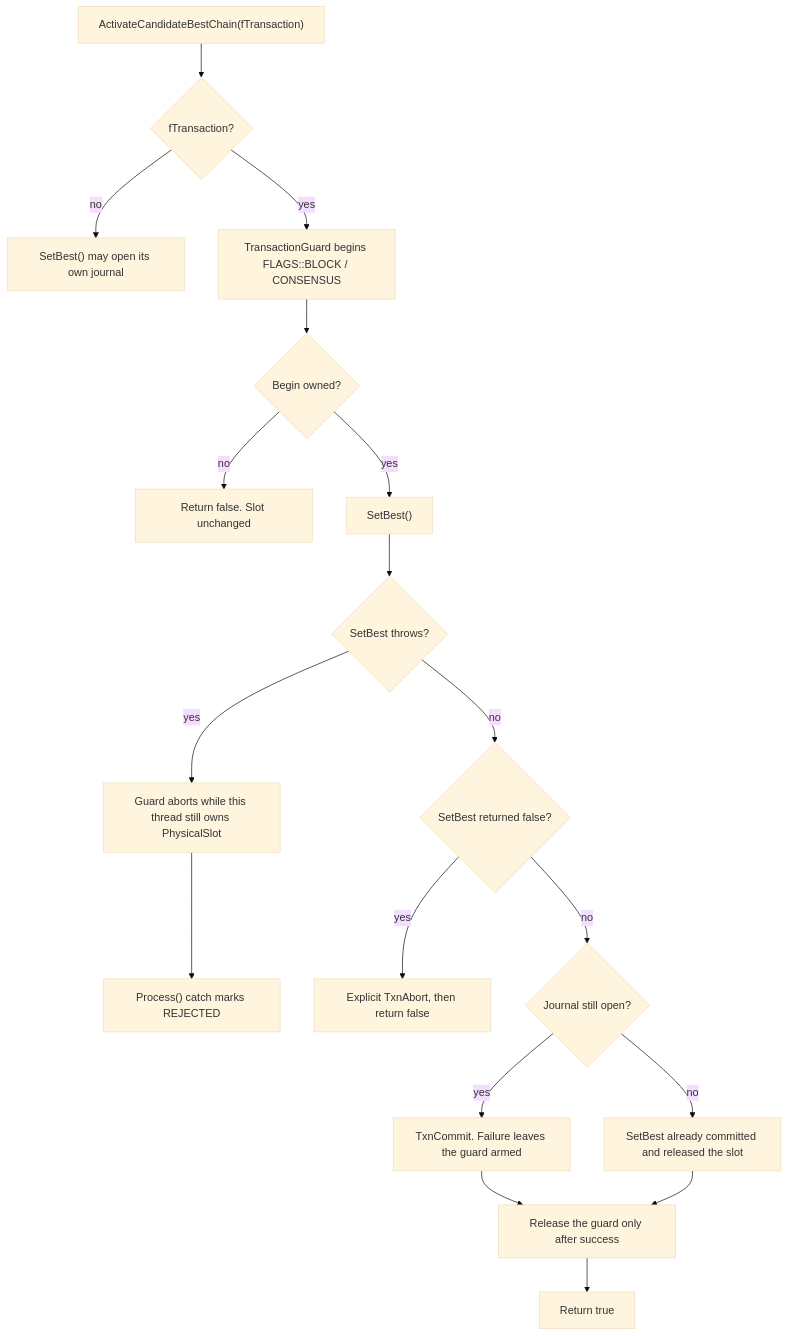
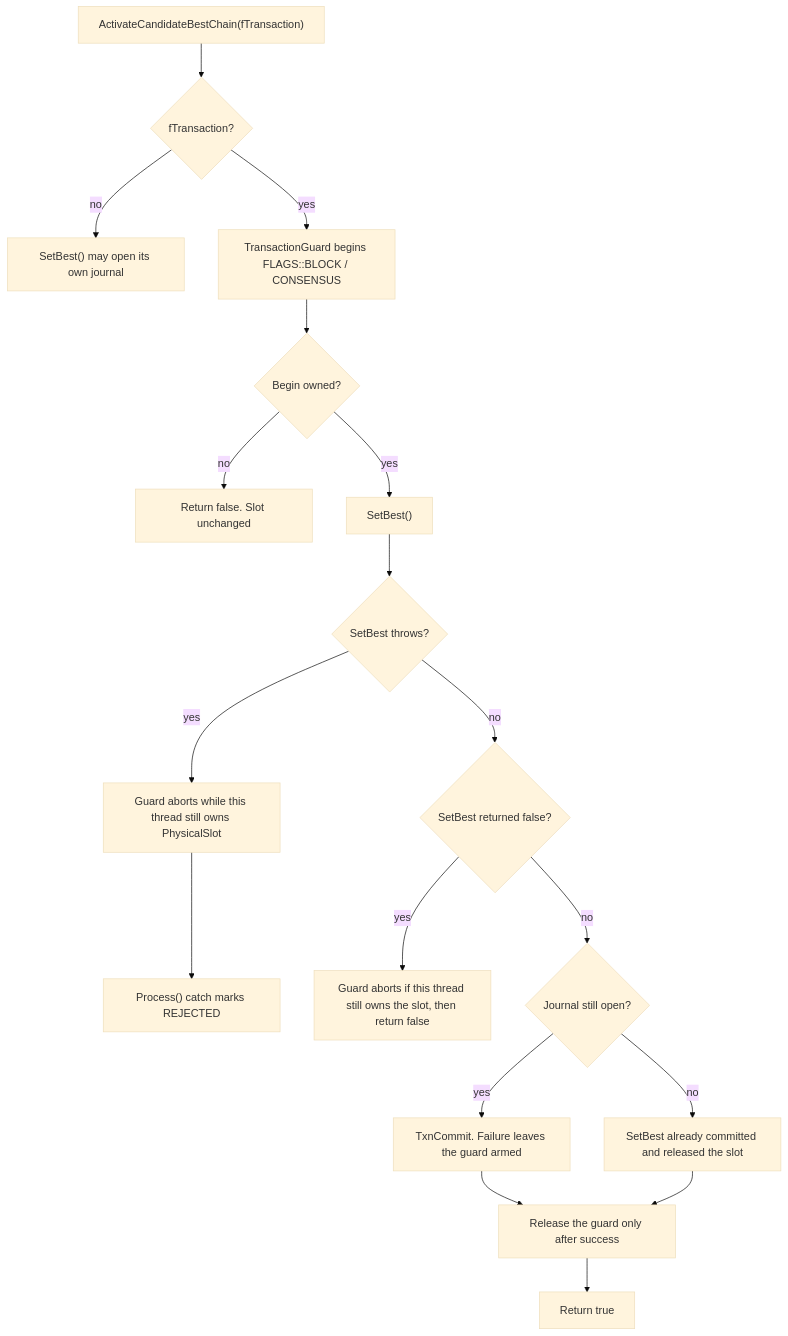
Before and after one commit to NamecoinGithub/LLL-TAO: the diagram in docs/diagrams/architecture/process-cpp.md, drawn with Mermaid (base theme). The commit also changed other lines of this file and 6 other files, not shown here.

````diff
--- a/docs/diagrams/architecture/process-cpp.md
+++ b/docs/diagrams/architecture/process-cpp.md
@@ -9,20 +9,20 @@
 ```mermaid
 flowchart TD
     A["ActivateCandidateBestChain(fTransaction)"] --> B{"fTransaction?"}
     B -->|no| C["SetBest() may open its own journal"]
     B -->|yes| D["TransactionGuard begins FLAGS::BLOCK / CONSENSUS"]
     D --> E{"Begin owned?"}
     E -->|no| F["Return false. Slot unchanged"]
     E -->|yes| G["SetBest()"]
     G --> H{"SetBest throws?"}
     H -->|yes| I["Guard aborts while this thread still owns PhysicalSlot"]
     I --> J["Process() catch marks REJECTED"]
     H -->|no| K{"SetBest returned false?"}
-    K -->|yes| L["Explicit TxnAbort, then return false"]
+    K -->|yes| L["Guard aborts if this thread still owns the slot, then return false"]
     K -->|no| M{"Journal still open?"}
     M -->|yes| N["TxnCommit. Failure leaves the guard armed"]
     M -->|no| O["SetBest already committed and released the slot"]
     N --> P["Release the guard only after success"]
     O --> P
     P --> Q["Return true"]
 ```
````
